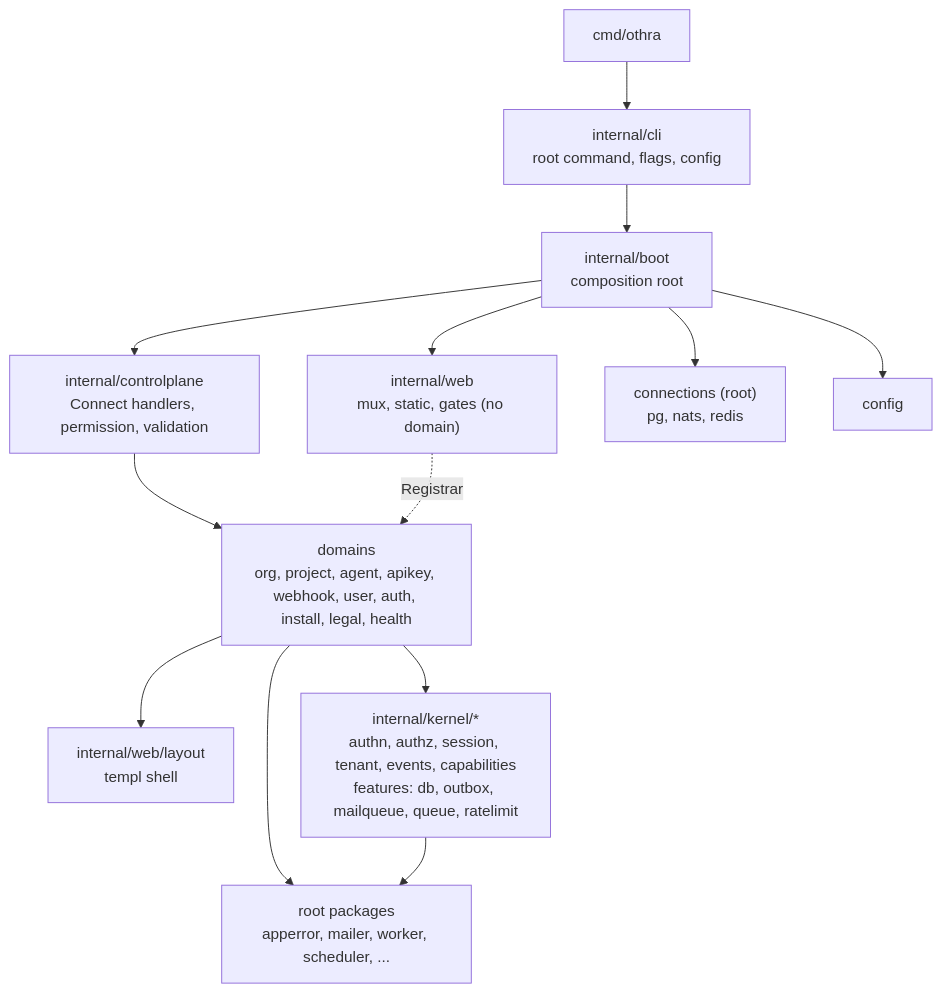
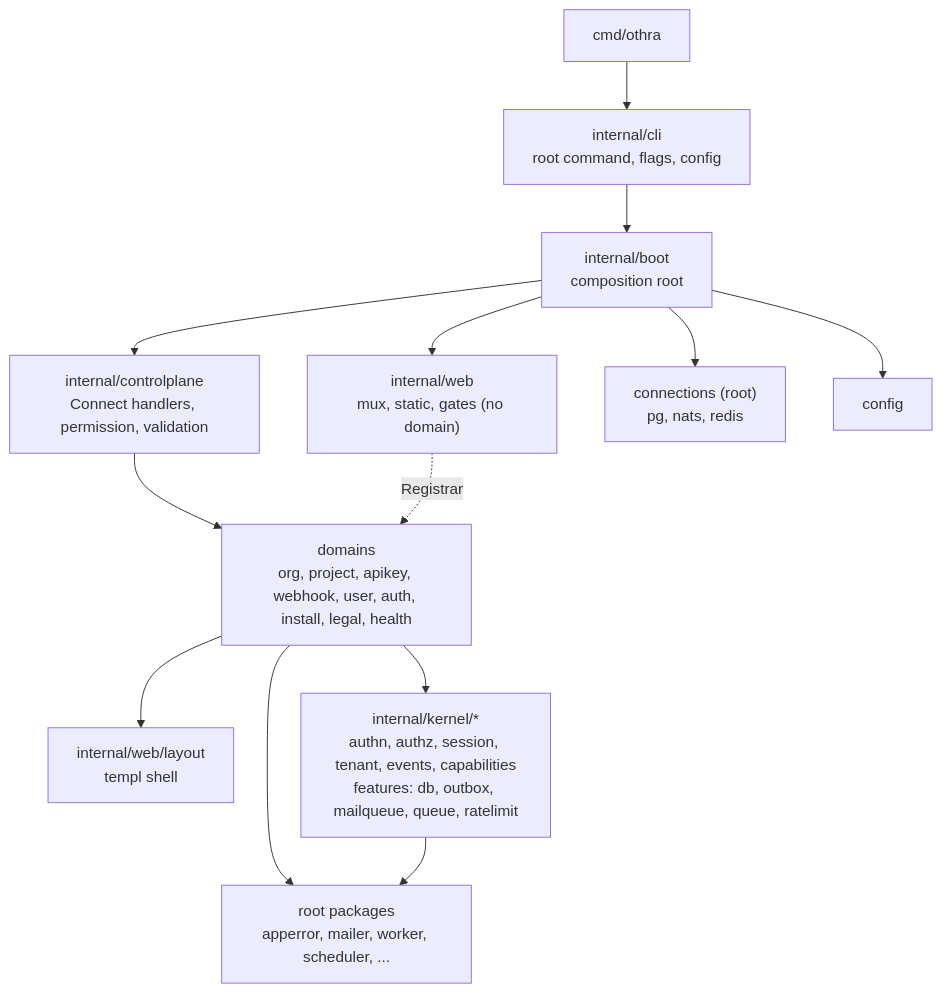
Before and after one commit to altalune-id/othra: the diagram in docs/architecture/README.md, drawn with Mermaid. The commit also changed other lines of this file and 176 other files, not shown here.

````diff
--- a/docs/architecture/README.md
+++ b/docs/architecture/README.md
@@ -22,15 +22,15 @@
 ```mermaid
 flowchart TB
   CMD["cmd/othra"] --> CLI["internal/cli<br/>root command, flags, config"]
   CLI --> BOOT["internal/boot<br/>composition root"]
   BOOT --> CP["internal/controlplane<br/>Connect handlers, permission, validation"]
   BOOT --> WEB["internal/web<br/>mux, static, gates (no domain)"]
-  CP --> DOM["domains<br/>org, project, agent, apikey, webhook, user, auth, install, legal, health"]
+  CP --> DOM["domains<br/>org, project, apikey, webhook, user, auth, install, legal, health"]
   WEB -. Registrar .-> DOM
   DOM --> LAYOUT["internal/web/layout<br/>templ shell"]
   DOM --> KERNEL["internal/kernel/*<br/>authn, authz, session, tenant, events, capabilities<br/>features: db, outbox, mailqueue, queue, ratelimit"]
   DOM --> ROOT["root packages<br/>apperror, mailer, worker, scheduler, ..."]
   KERNEL --> ROOT
   BOOT --> CONN["connections (root)<br/>pg, nats, redis"]
   BOOT --> CFG["config"]
 ```
````
